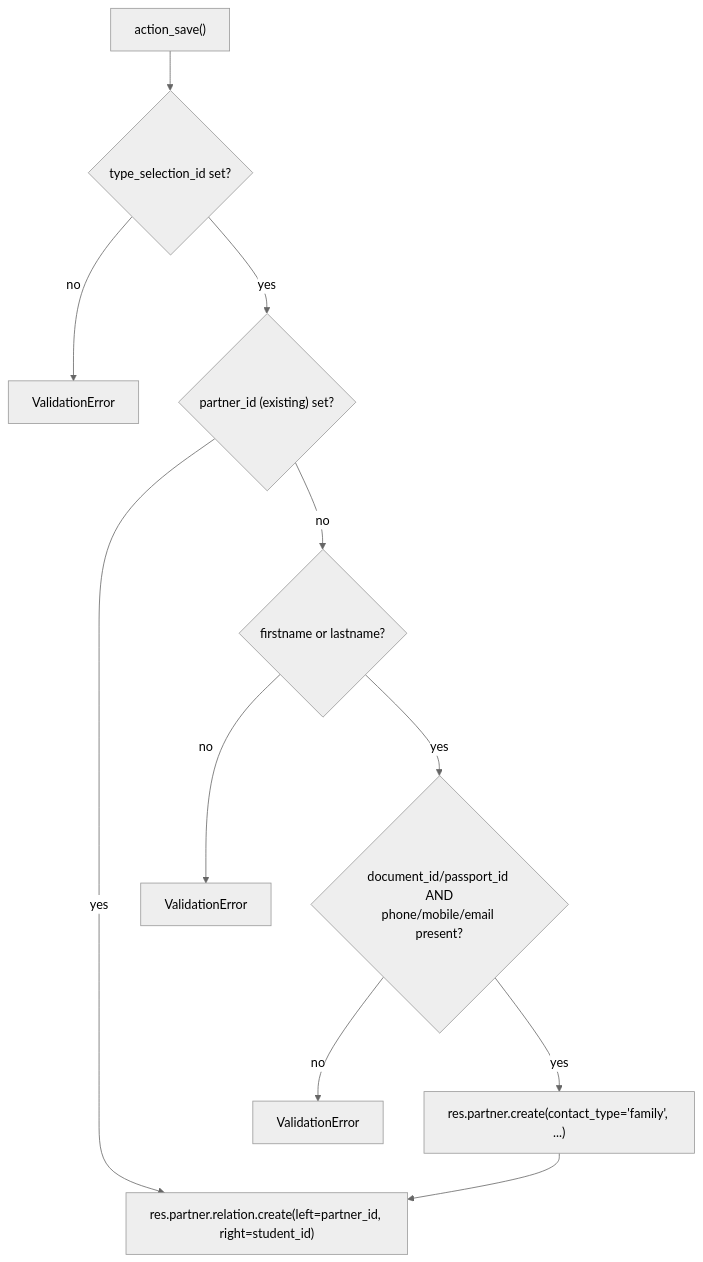
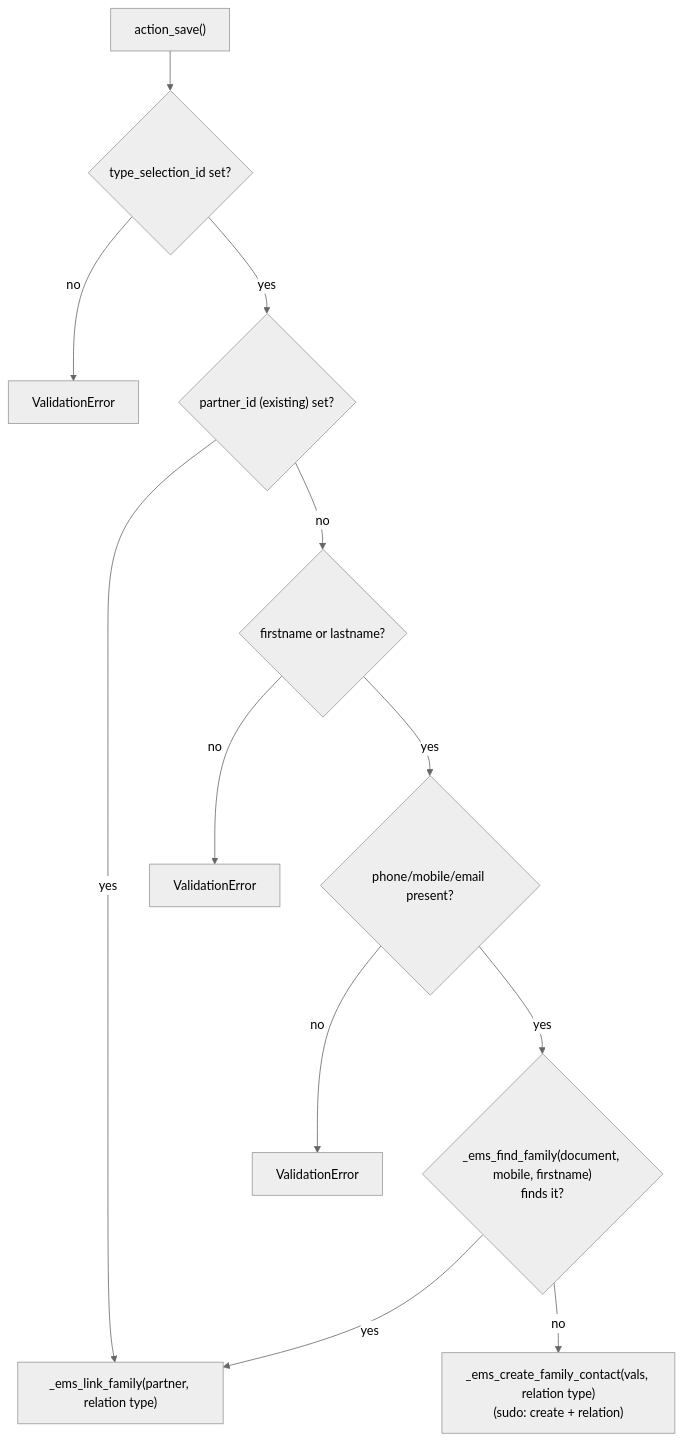
The eighth of 8 diagrams in docs/en/developers/contacts/contact.md (ElPuig/EMS), drawn with Mermaid (neutral theme) before and after one commit. The commit also changed other lines of this file and 170 other files, not shown here.

````diff
--- a/docs/en/developers/contacts/contact.md
+++ b/docs/en/developers/contacts/contact.md
@@ -330,12 +358,14 @@
 ```mermaid
 flowchart TD
     A["action_save()"] --> B{"type_selection_id set?"}
     B -- no --> X1["ValidationError"]
     B -- yes --> C{"partner_id (existing) set?"}
-    C -- yes --> F["res.partner.relation.create(left=partner_id, right=student_id)"]
+    C -- yes --> F["_ems_link_family(partner, relation type)"]
     C -- no --> D{"firstname or lastname?"}
     D -- no --> X2["ValidationError"]
-    D -- yes --> E{"document_id/passport_id AND\nphone/mobile/email present?"}
+    D -- yes --> E{"phone/mobile/email present?"}
     E -- no --> X3["ValidationError"]
-    E -- yes --> G["res.partner.create(contact_type='family', ...)"] --> F
+    E -- yes --> H{"_ems_find_family(document, mobile, firstname)<br/>finds it?"}
+    H -- yes --> F
+    H -- no --> G["_ems_create_family_contact(vals, relation type)<br/>(sudo: create + relation)"]
 ```
````
